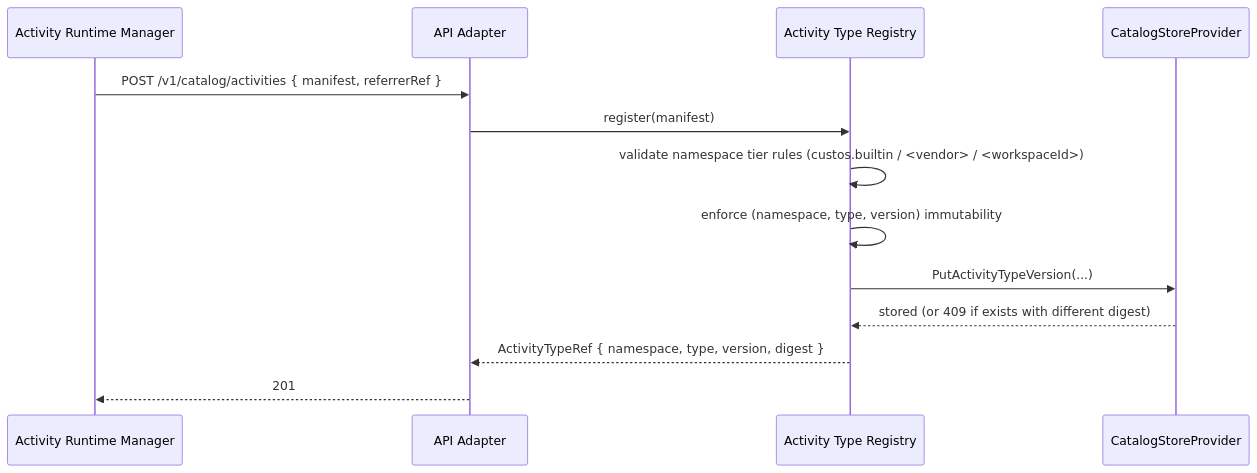
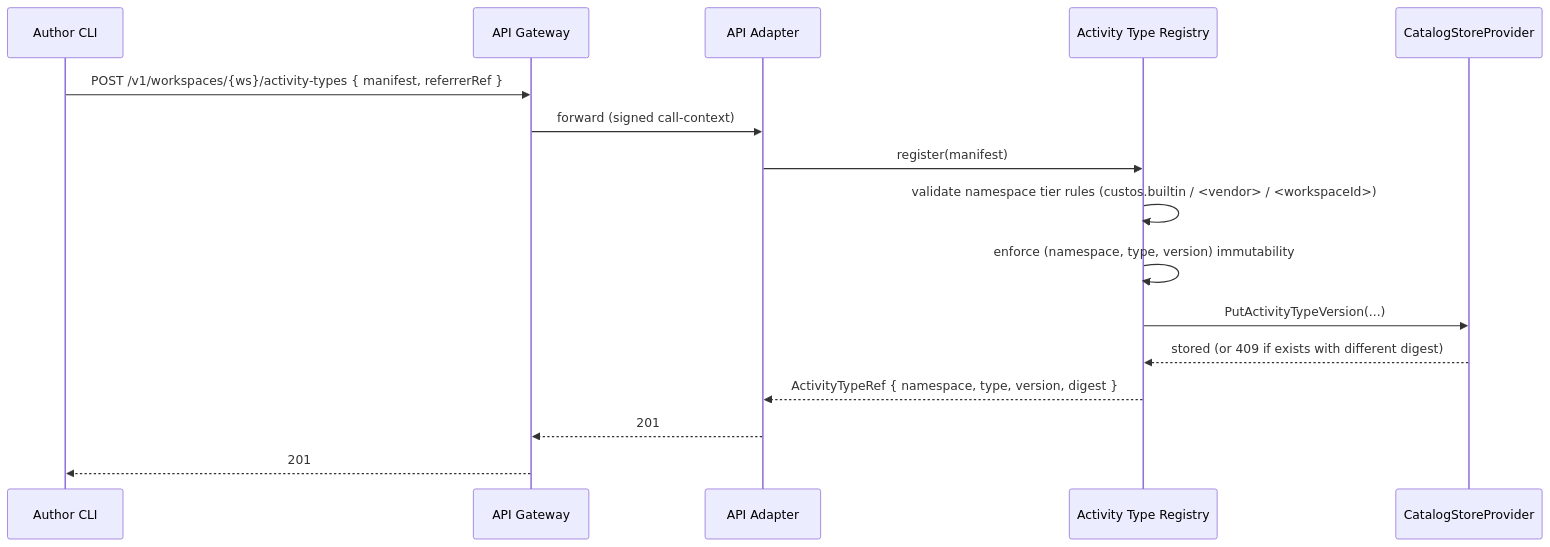
The fifth of 8 diagrams in design/components/catalog-service/design.md (toddysm/custos), drawn with Mermaid before and after one commit. The commit also changed other lines of this file and 7 other files, not shown here.

````diff
--- a/design/components/catalog-service/design.md
+++ b/design/components/catalog-service/design.md
@@ -176,16 +176,19 @@
 ```mermaid
 sequenceDiagram
-    participant ARM as Activity Runtime Manager
+    participant CLI as Author CLI
+    participant GW as API Gateway
     participant API as API Adapter
     participant ATR as Activity Type Registry
     participant Store as CatalogStoreProvider
 
-    ARM->>API: POST /v1/catalog/activities { manifest, referrerRef }
+    CLI->>GW: POST /v1/workspaces/{ws}/activity-types { manifest, referrerRef }
+    GW->>API: forward (signed call-context)
     API->>ATR: register(manifest)
     ATR->>ATR: validate namespace tier rules (custos.builtin / <vendor> / <workspaceId>)
     ATR->>ATR: enforce (namespace, type, version) immutability
     ATR->>Store: PutActivityTypeVersion(...)
     Store-->>ATR: stored (or 409 if exists with different digest)
     ATR-->>API: ActivityTypeRef { namespace, type, version, digest }
-    API-->>ARM: 201
+    API-->>GW: 201
+    GW-->>CLI: 201
 ```
````
